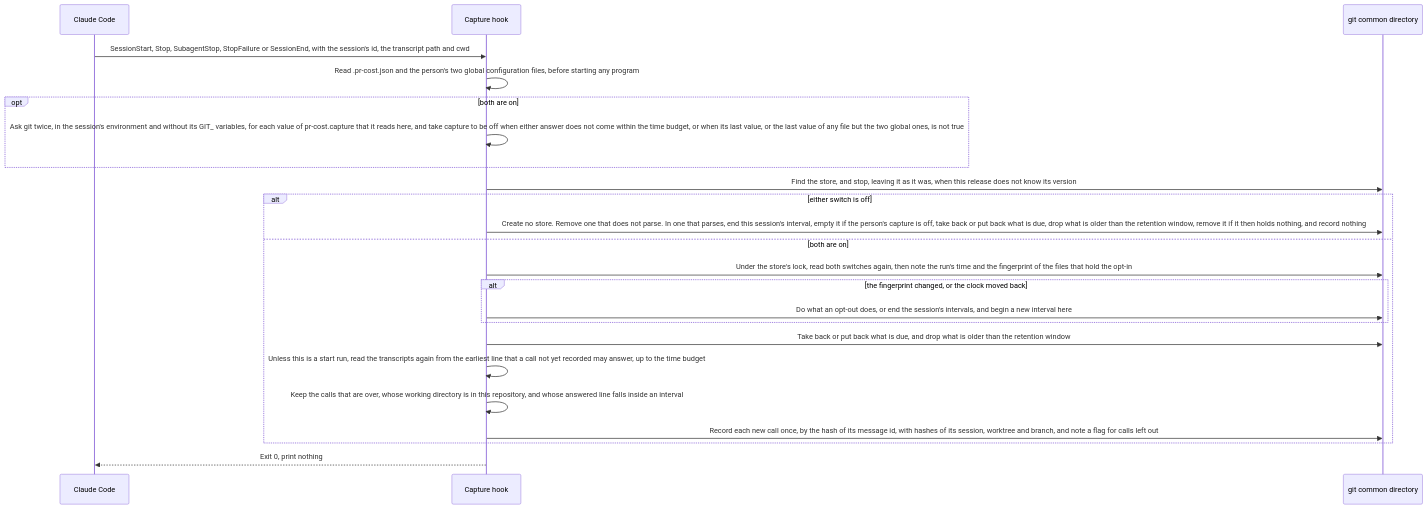
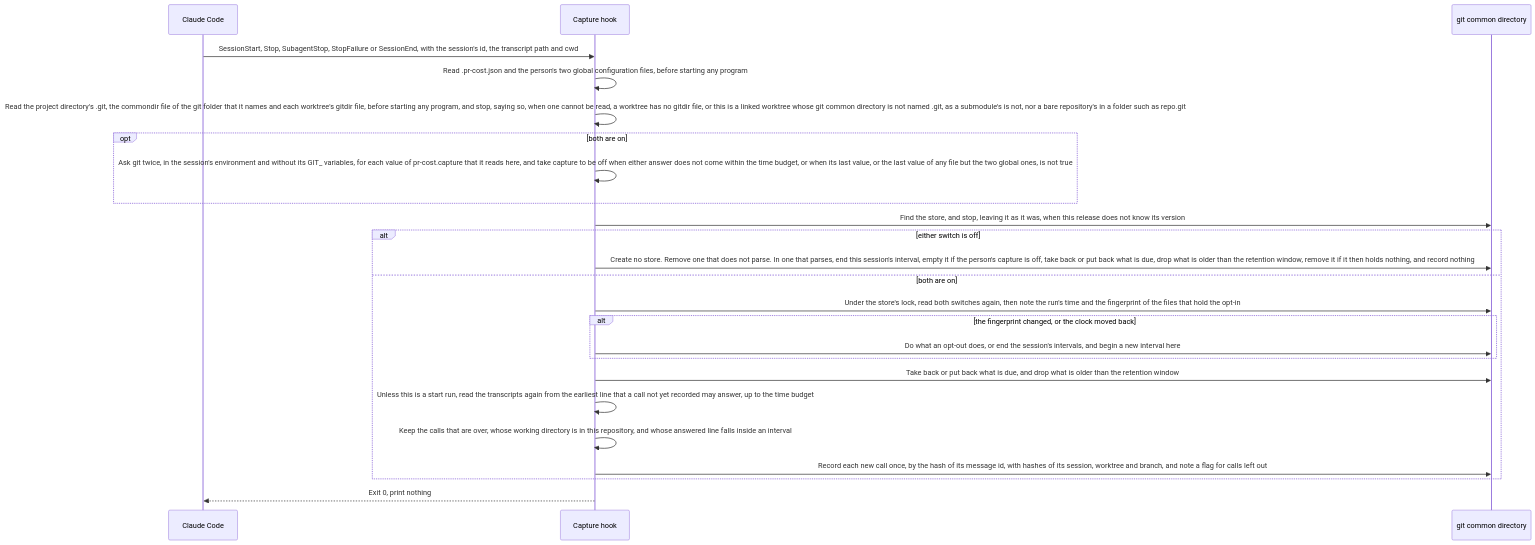
One commit to niko-kotiniemi-oss/agentic-pr-cost-calculator changed the second of 7 diagrams in docs/how-it-works.md. Above: the diagram before and after it, drawn with Mermaid. The commit also changed 11 other files, not shown here.

````diff
--- a/docs/how-it-works.md
+++ b/docs/how-it-works.md
@@ -92,25 +92,26 @@
 ```mermaid
 sequenceDiagram
   participant CC as Claude Code
   participant H as Capture hook
   participant G as git common directory
   CC->>H: SessionStart, Stop, SubagentStop, StopFailure or SessionEnd, with the session's id, the transcript path and cwd
   H->>H: Read .pr-cost.json and the person's two global configuration files, before starting any program
+  H->>H: Read the project directory's .git, the commondir file of the git folder that it names and each worktree's gitdir file, before starting any program, and stop, saying so, when one cannot be read, a worktree has no gitdir file, or this is a linked worktree whose git common directory is not named .git, as a submodule's is not, nor a bare repository's in a folder such as repo.git
   opt both are on
     H->>H: Ask git twice, in the session's environment and without its GIT_ variables, for each value of pr-cost.capture that it reads here, and take capture to be off when either answer does not come within the time budget, or when its last value, or the last value of any file but the two global ones, is not true
   end
   H->>G: Find the store, and stop, leaving it as it was, when this release does not know its version
   alt either switch is off
     H->>G: Create no store. Remove one that does not parse. In one that parses, end this session's interval, empty it if the person's capture is off, take back or put back what is due, drop what is older than the retention window, remove it if it then holds nothing, and record nothing
   else both are on
     H->>G: Under the store's lock, read both switches again, then note the run's time and the fingerprint of the files that hold the opt-in
     alt the fingerprint changed, or the clock moved back
       H->>G: Do what an opt-out does, or end the session's intervals, and begin a new interval here
     end
     H->>G: Take back or put back what is due, and drop what is older than the retention window
     H->>H: Unless this is a start run, read the transcripts again from the earliest line that a call not yet recorded may answer, up to the time budget
     H->>H: Keep the calls that are over, whose working directory is in this repository, and whose answered line falls inside an interval
     H->>G: Record each new call once, by the hash of its message id, with hashes of its session, worktree and branch, and note a flag for calls left out
   end
   H-->>CC: Exit 0, print nothing
 ```
````
